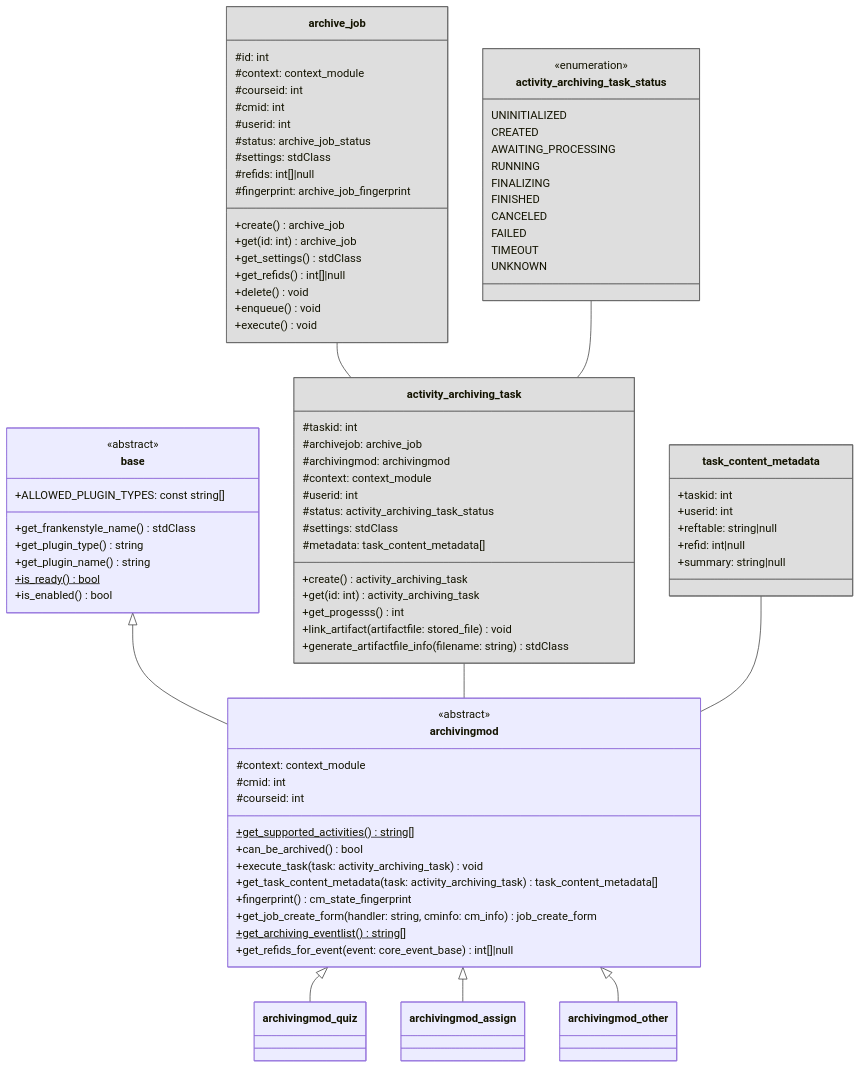
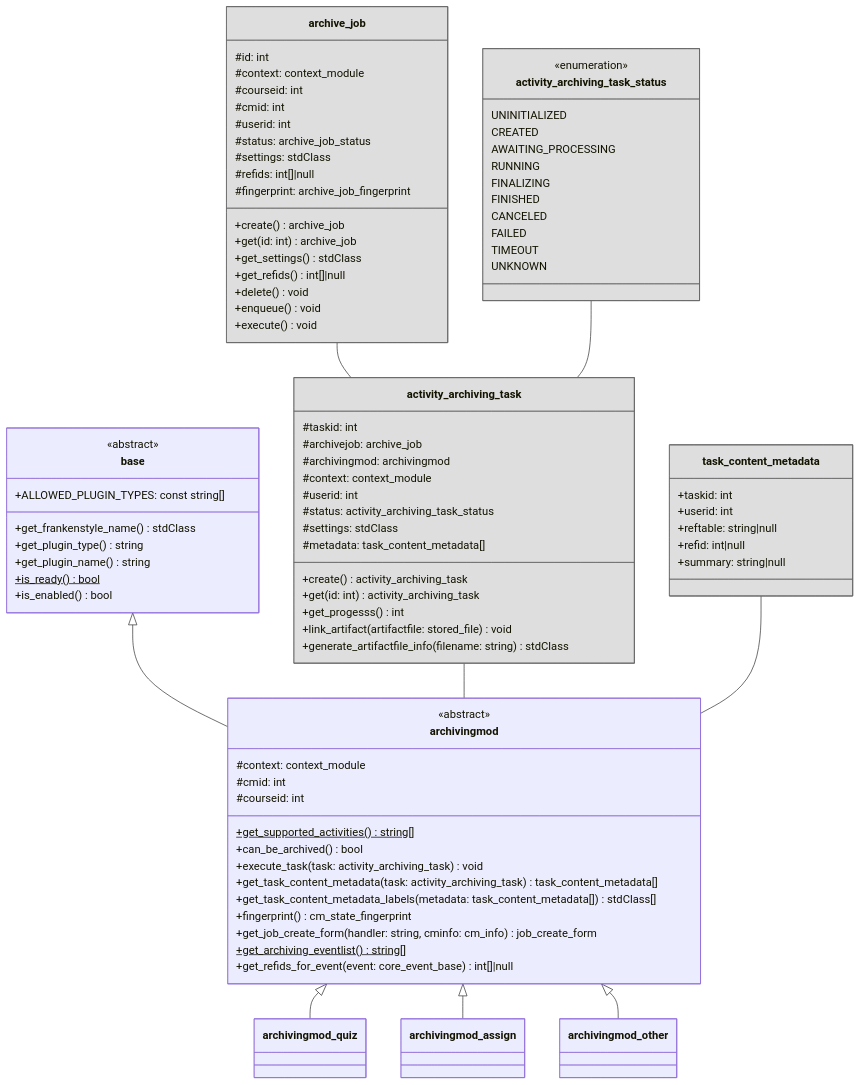
The diagram in docs/dev/api/activity-archiving-drivers.md (ngandrass/moodle-local_archiving), drawn with Mermaid before and after one commit. The commit also changed other lines of this file, not shown here.

Commit message:
docs: Describe archivingmod::get_task_content_metadata_labels() in dev docs

```diff
--- a/docs/dev/api/activity-archiving-drivers.md
+++ b/docs/dev/api/activity-archiving-drivers.md
@@ -29,6 +29,7 @@
         +can_be_archived() bool
         +execute_task(task: activity_archiving_task) void
         +get_task_content_metadata(task: activity_archiving_task) task_content_metadata[]
+        +get_task_content_metadata_labels(metadata: task_content_metadata[]) stdClass[]
         +fingerprint() cm_state_fingerprint
         +get_job_create_form(handler: string, cminfo: cm_info) job_create_form
         +get_archiving_eventlist()$ string[]
```
